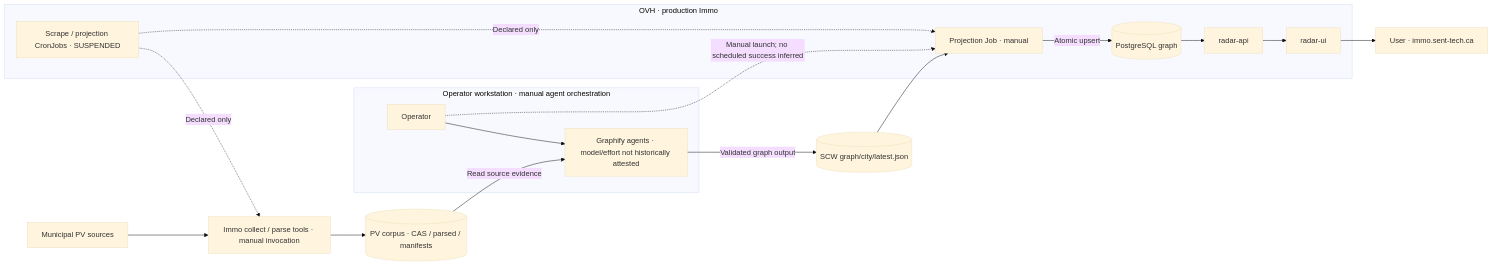
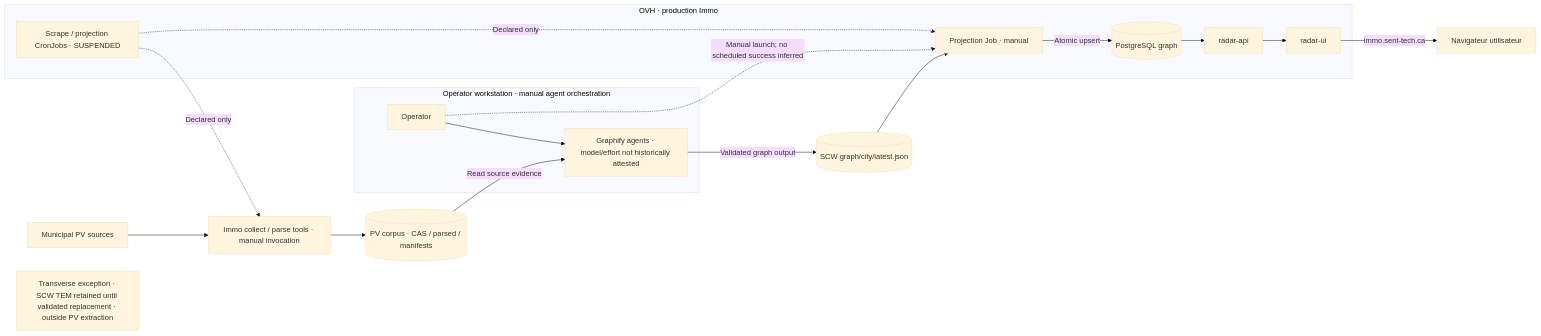
One commit to rhanka/radar-immobilier changed the third of 4 diagrams in docs/spec/SPEC_EVOL_ARCHITECTURE_TWO_TRANSITIONS.md. Above: the diagram before and after it, drawn with Mermaid (base theme). The commit also changed other lines of this file and 1 other file, not shown here.

Commit message:
docs(architecture): require visible TEM and readable dense cards

````diff
--- a/docs/spec/SPEC_EVOL_ARCHITECTURE_TWO_TRANSITIONS.md
+++ b/docs/spec/SPEC_EVOL_ARCHITECTURE_TWO_TRANSITIONS.md
@@ -124,20 +151,21 @@
 ```mermaid
 flowchart LR
   B_CITY["Municipal PV sources"] --> B_COLLECT["Immo collect / parse tools · manual invocation"]
   B_COLLECT --> B_CORPUS[("PV corpus · CAS / parsed / manifests")]
   subgraph B_WORKSTATION["Operator workstation · manual agent orchestration"]
     B_OPERATOR["Operator"] --> B_EXTRACT["Graphify agents · model/effort not historically attested"]
   end
   B_CORPUS -->|"Read source evidence"| B_EXTRACT
   B_EXTRACT -->|"Validated graph output"| B_GRAPH[("SCW graph/city/latest.json")]
   subgraph B_CLOUD["OVH · production Immo"]
     B_PROJECT["Projection Job · manual"] -->|"Atomic upsert"| B_DB[("PostgreSQL graph")]
     B_SCHEDULE["Scrape / projection CronJobs · SUSPENDED"]
     B_DB --> B_API["radar-api"] --> B_UI["radar-ui"]
   end
   B_GRAPH --> B_PROJECT
   B_OPERATOR -.->|"Manual launch; no scheduled success inferred"| B_PROJECT
   B_SCHEDULE -.->|"Declared only"| B_COLLECT
   B_SCHEDULE -.->|"Declared only"| B_PROJECT
-  B_UI --> B_USER["User · immo.sent-tech.ca"]
+  B_UI -->|"immo.sent-tech.ca"| B_USER["Navigateur utilisateur"]
+  B_TEM["Transverse exception · SCW TEM retained until validated replacement · outside PV extraction"]
 ```
````
